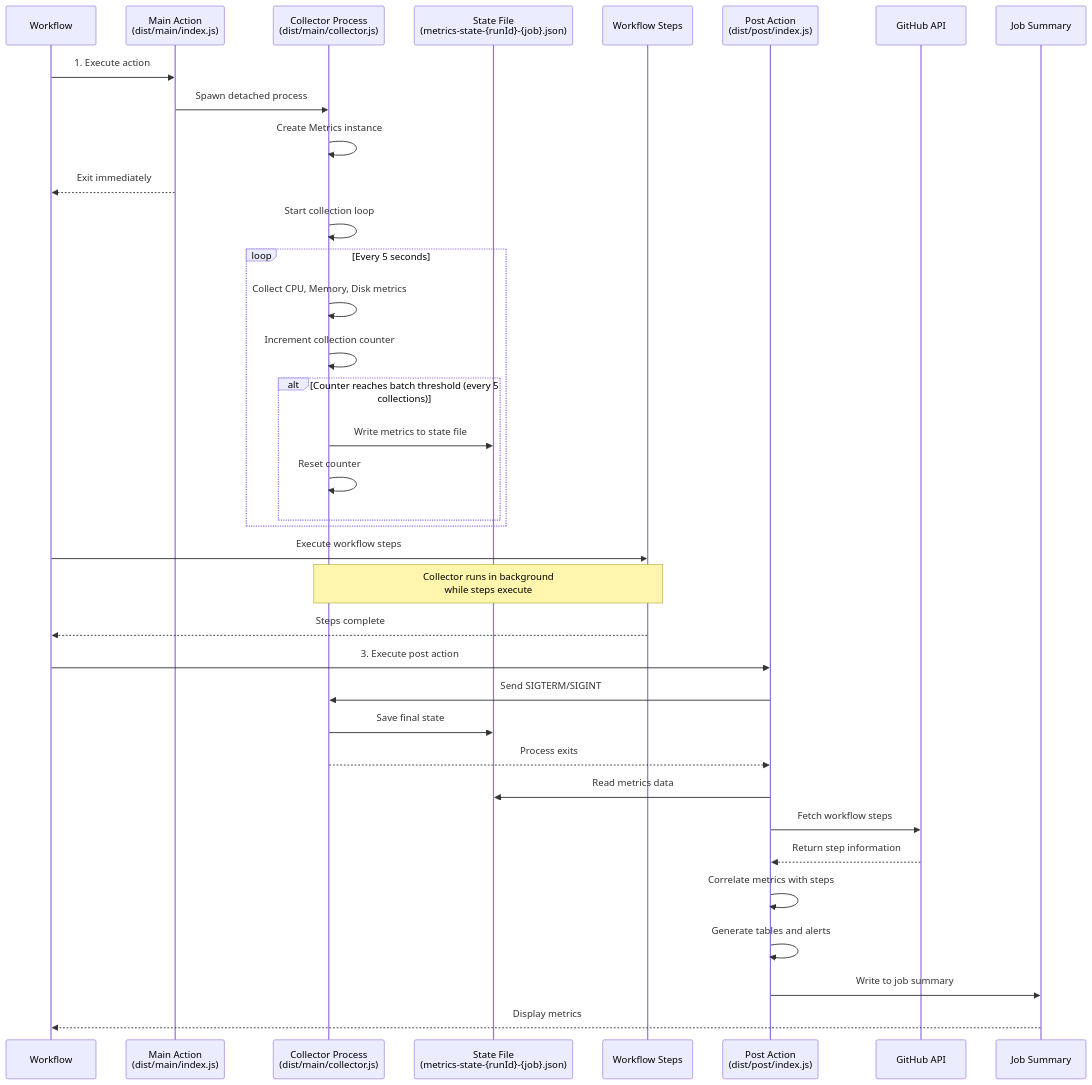
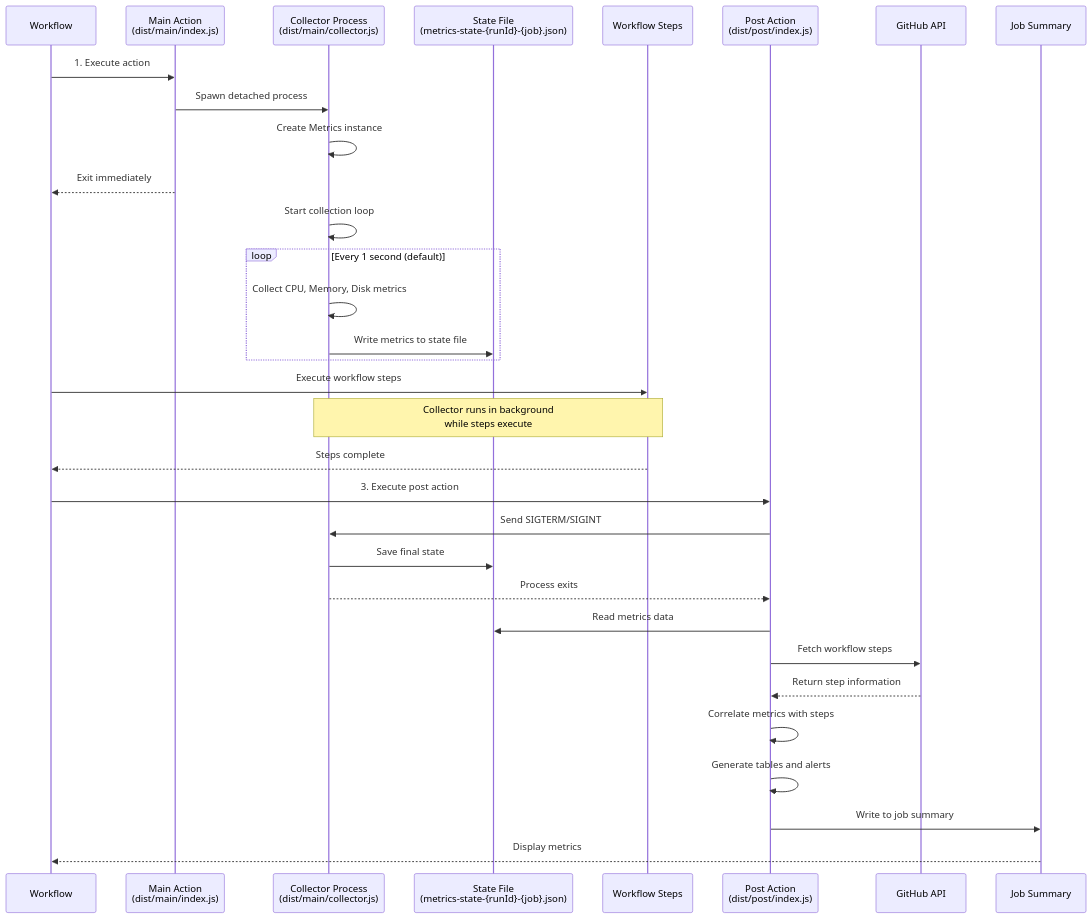
The diagram in docs/architecture.md (Garbee/actions-workflow-metrics), drawn with Mermaid before and after one commit. The commit also changed other lines of this file and 11 other files, not shown here.

````diff
--- a/docs/architecture.md
+++ b/docs/architecture.md
@@ -15,43 +15,39 @@
 ```mermaid
 sequenceDiagram
     participant User as Workflow
     participant Main as Main Action<br/>(dist/main/index.js)
     participant Collector as Collector Process<br/>(dist/main/collector.js)
     participant State as State File<br/>(metrics-state-{runId}-{job}.json)
     participant Steps as Workflow Steps
     participant Post as Post Action<br/>(dist/post/index.js)
     participant API as GitHub API
     participant Summary as Job Summary
 
     User->>Main: 1. Execute action
     Main->>Collector: Spawn detached process
     Collector->>Collector: Create Metrics instance
     Main-->>User: Exit immediately
     
     Collector->>Collector: Start collection loop
-    loop Every 5 seconds
+    loop Every 1 second (default)
         Collector->>Collector: Collect CPU, Memory, Disk metrics
-        Collector->>Collector: Increment collection counter
-        alt Counter reaches batch threshold (every 5 collections)
-            Collector->>State: Write metrics to state file
-            Collector->>Collector: Reset counter
-        end
+        Collector->>State: Write metrics to state file
     end
     
     User->>Steps: Execute workflow steps
     Note over Collector,Steps: Collector runs in background<br/>while steps execute
     
     Steps-->>User: Steps complete
     User->>Post: 3. Execute post action
     Post->>Collector: Send SIGTERM/SIGINT
     Collector->>State: Save final state
     Collector-->>Post: Process exits
     
     Post->>State: Read metrics data
     Post->>API: Fetch workflow steps
     API-->>Post: Return step information
     Post->>Post: Correlate metrics with steps
     Post->>Post: Generate tables and alerts
     Post->>Summary: Write to job summary
     Summary-->>User: Display metrics
 ```
````
